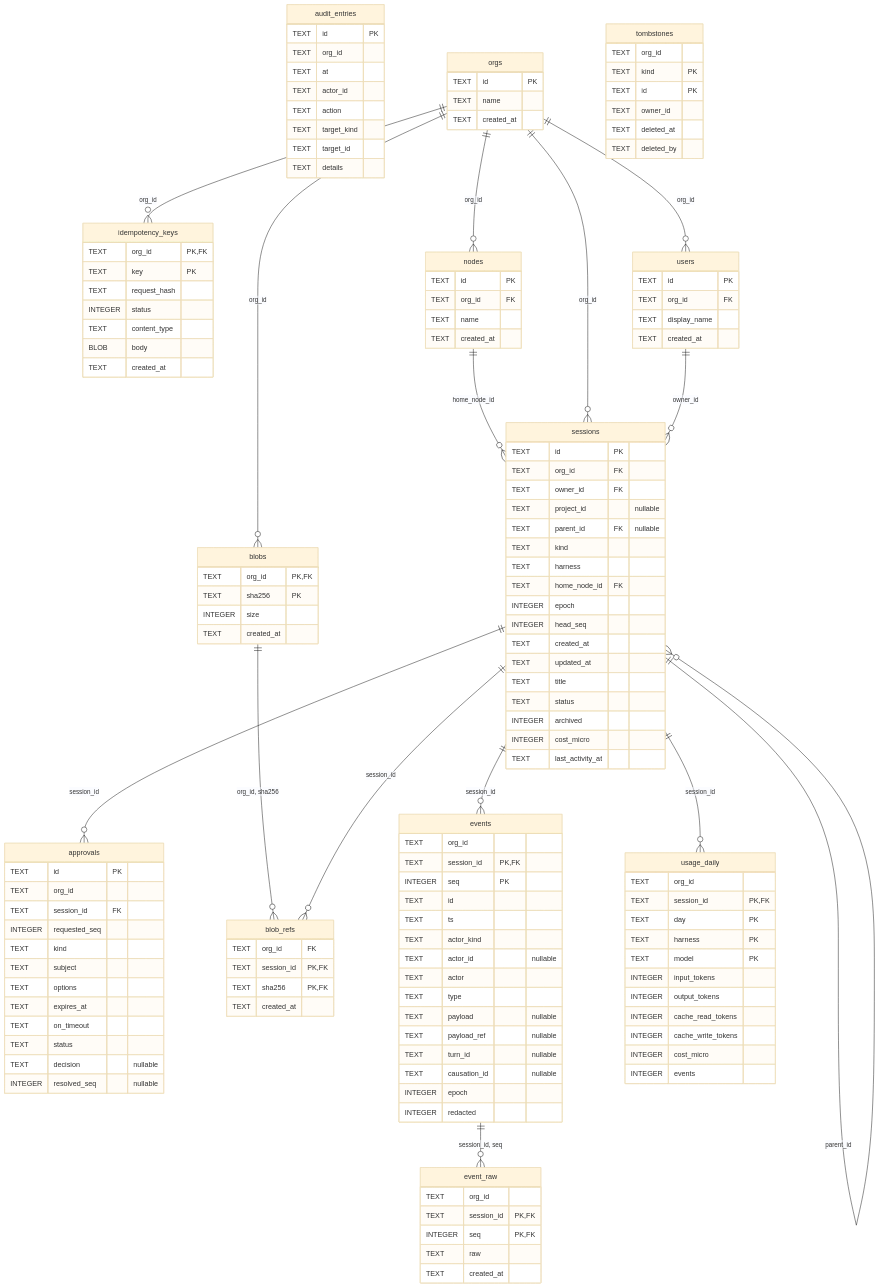
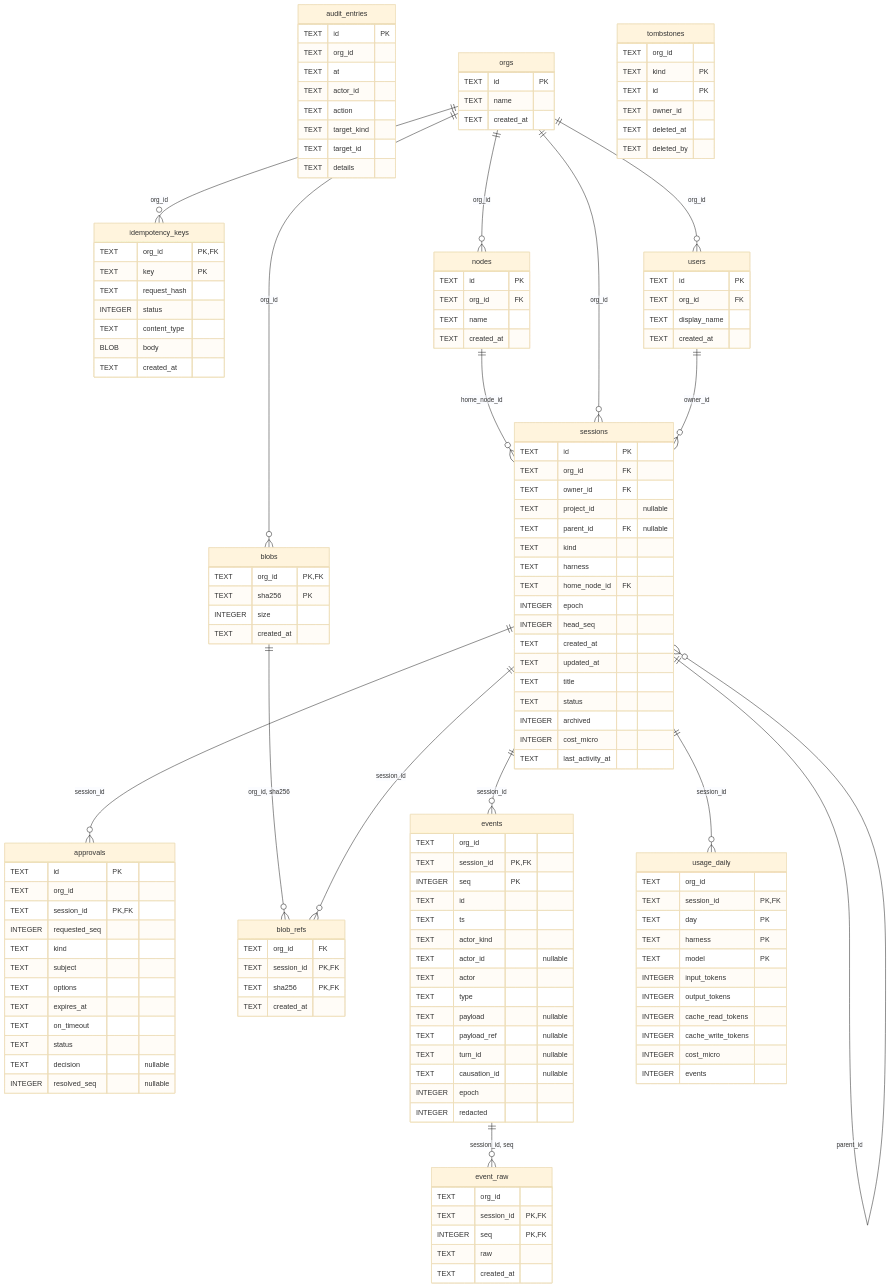
The diagram in docs/generated/er-diagram.md (ifahrentholz/beton), drawn with Mermaid (base theme) before and after one commit. The commit also changed other lines of this file and 6 other files, not shown here.

```diff
--- a/docs/generated/er-diagram.md
+++ b/docs/generated/er-diagram.md
@@ -9,7 +9,7 @@
     approvals {
         TEXT id PK
         TEXT org_id
-        TEXT session_id FK
+        TEXT session_id PK,FK
         INTEGER requested_seq
         TEXT kind
         TEXT subject
```
